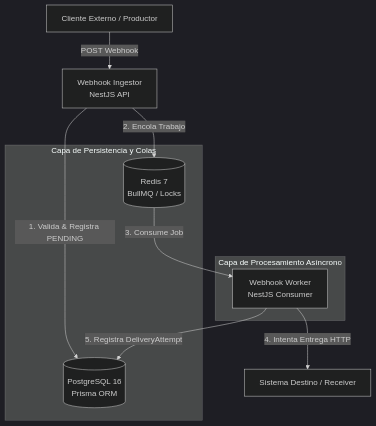
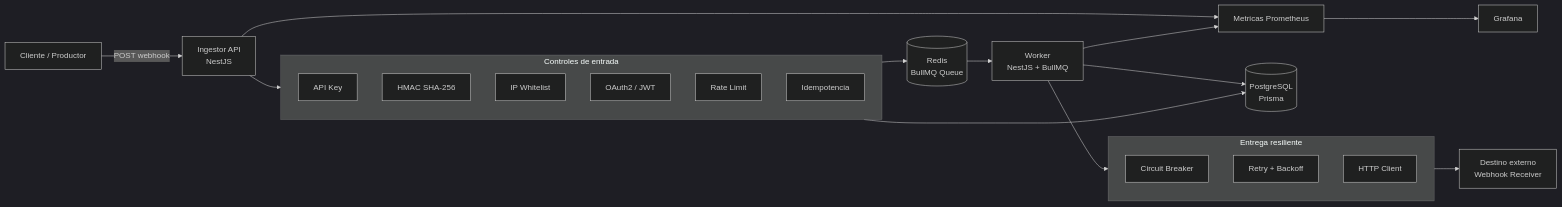
One commit to vxie705/Webhooks changed the first of 7 diagrams in README.md. Above: the diagram before and after it, drawn with Mermaid (dark theme). The commit also changed other lines of this file, not shown here.

````diff
--- a/README.md
+++ b/README.md
@@ -72,20 +48,33 @@
 ```mermaid
-flowchart TD
-    client[Cliente Externo / Productor] -->|POST Webhook| api[Webhook Ingestor <br/> NestJS API]
-    
-    subgraph Capa de Persistencia y Colas
-        redis[(Redis 7 <br/> BullMQ / Locks)]
-        db[(PostgreSQL 16 <br/> Prisma ORM)]
+flowchart LR
+    producer[Cliente / Productor] -->|POST webhook| ingestor[Ingestor API<br/>NestJS]
+
+    subgraph security[Controles de entrada]
+        apiKey[API Key]
+        hmac[HMAC SHA-256]
+        ip[IP Whitelist]
+        oauth[OAuth2 / JWT]
+        rate[Rate Limit]
+        idem[Idempotencia]
     end
-    
-    api -->|1. Valida & Registra PENDING| db
-    api -->|2. Encola Trabajo| redis
-    
-    subgraph Capa de Procesamiento Asíncrono
-        worker[Webhook Worker <br/> NestJS Consumer]
+
+    ingestor --> security
+    security --> queue[(Redis<br/>BullMQ Queue)]
+    security --> db[(PostgreSQL<br/>Prisma)]
+
+    queue --> worker[Worker<br/>NestJS + BullMQ]
+
+    subgraph delivery[Entrega resiliente]
+        cb[Circuit Breaker]
+        retry[Retry + Backoff]
+        http[HTTP Client]
     end
-    
-    redis -->|3. Consume Job| worker
-    worker -->|4. Intenta Entrega HTTP| external[Sistema Destino / Receiver]
-    worker -->|5. Registra DeliveryAttempt| db
+
+    worker --> delivery
+    delivery --> destination[Destino externo<br/>Webhook Receiver]
+    worker --> db
+
+    ingestor --> metrics[Metricas Prometheus]
+    worker --> metrics
+    metrics --> grafana[Grafana]
 ```
````
